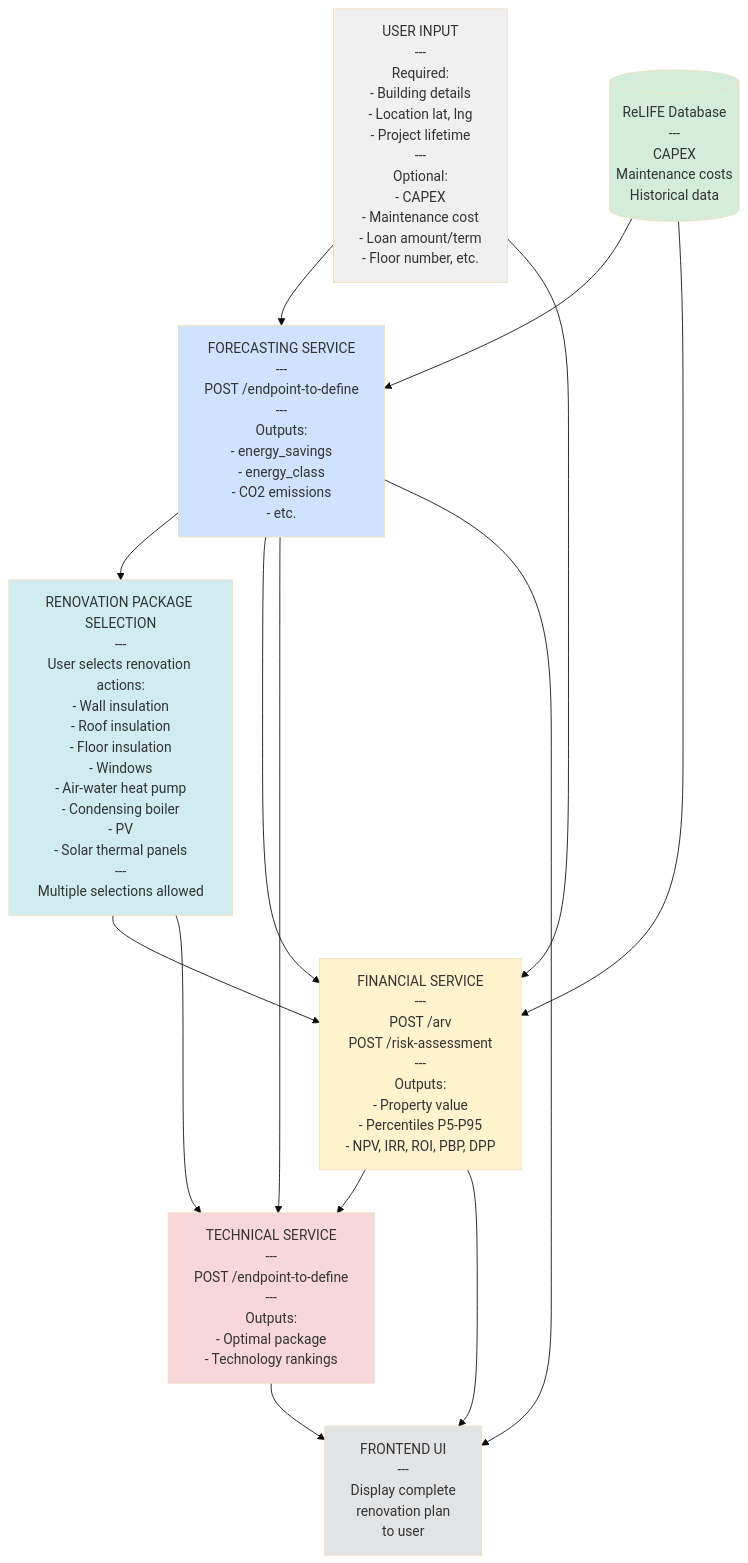
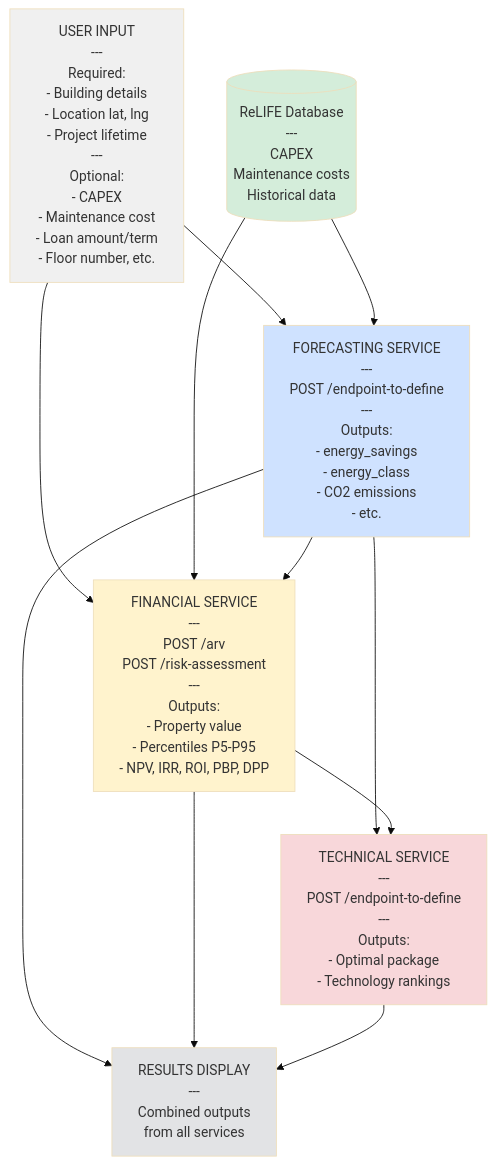
One commit to ReLIFE-Project-EU/relife-web-ui changed the second of 2 diagrams in docs/hra-tool-design.md. Above: the diagram before and after it, drawn with Mermaid (base theme). The commit also changed other lines of this file and 1 other file, not shown here.

Commit message:
Fix Flow Diagram

````diff
--- a/docs/hra-tool-design.md
+++ b/docs/hra-tool-design.md
@@ -320,42 +319,35 @@
 ```mermaid
 flowchart TD
     UserInput[USER INPUT<br/>---<br/>Required:<br/>- Building details<br/>- Location lat, lng<br/>- Project lifetime<br/>---<br/>Optional:<br/>- CAPEX<br/>- Maintenance cost<br/>- Loan amount/term<br/>- Floor number, etc.]
 
     DB[(ReLIFE Database<br/>---<br/>CAPEX<br/>Maintenance costs<br/>Historical data)]
 
     Forecasting[FORECASTING SERVICE<br/>---<br/>POST /endpoint-to-define<br/>---<br/>Outputs:<br/>- energy_savings<br/>- energy_class<br/>- CO2 emissions<br/>- etc.]
 
-    RenovationSelect[RENOVATION PACKAGE SELECTION<br/>---<br/>User selects renovation actions:<br/>- Wall insulation<br/>- Roof insulation<br/>- Floor insulation<br/>- Windows<br/>- Air-water heat pump<br/>- Condensing boiler<br/>- PV<br/>- Solar thermal panels<br/>---<br/>Multiple selections allowed]
-
     Financial[FINANCIAL SERVICE<br/>---<br/>POST /arv<br/>POST /risk-assessment<br/>---<br/>Outputs:<br/>- Property value<br/>- Percentiles P5-P95<br/>- NPV, IRR, ROI, PBP, DPP]
 
     Technical[TECHNICAL SERVICE<br/>---<br/>POST /endpoint-to-define<br/>---<br/>Outputs:<br/>- Optimal package<br/>- Technology rankings]
 
-    Frontend[FRONTEND UI<br/>---<br/>Display complete<br/>renovation plan<br/>to user]
+    Frontend[RESULTS DISPLAY<br/>---<br/>Combined outputs<br/>from all services]
 
     UserInput --> Forecasting
     DB --> Forecasting
-
-    Forecasting --> RenovationSelect
-    RenovationSelect --> Financial
 
     UserInput --> Financial
     DB --> Financial
     Forecasting --> Financial
 
     Forecasting --> Technical
     Financial --> Technical
-    RenovationSelect --> Technical
 
     Forecasting --> Frontend
     Financial --> Frontend
     Technical --> Frontend
 
     style UserInput fill:#f0f0f0
     style DB fill:#d4edda
     style Forecasting fill:#cfe2ff
-    style RenovationSelect fill:#d1ecf1
     style Financial fill:#fff3cd
     style Technical fill:#f8d7da
     style Frontend fill:#e2e3e5
 ```
````
